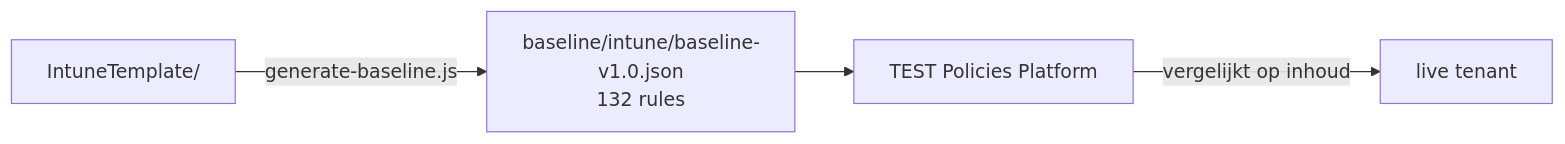
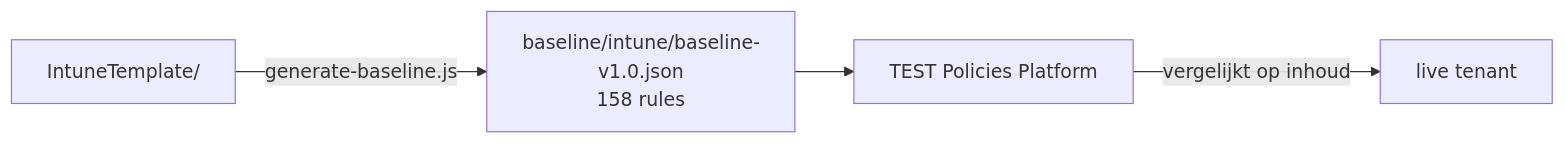
One commit to sjkanon/IntuneBackup changed the diagram in baseline/README.md. Above: the diagram before and after it, drawn with Mermaid. The commit also changed other lines of this file and 346 other files, not shown here.

````diff
--- a/baseline/README.md
+++ b/baseline/README.md
@@ -10,6 +10,6 @@
 ```mermaid
 flowchart LR
-  T["IntuneTemplate/"] -->|generate-baseline.js| B["baseline/intune/baseline-v1.0.json<br/>132 rules"]
+  T["IntuneTemplate/"] -->|generate-baseline.js| B["baseline/intune/baseline-v1.0.json<br/>158 rules"]
   B --> P["TEST Policies Platform"]
   P -->|vergelijkt op inhoud| TEN["live tenant"]
 ```
````
